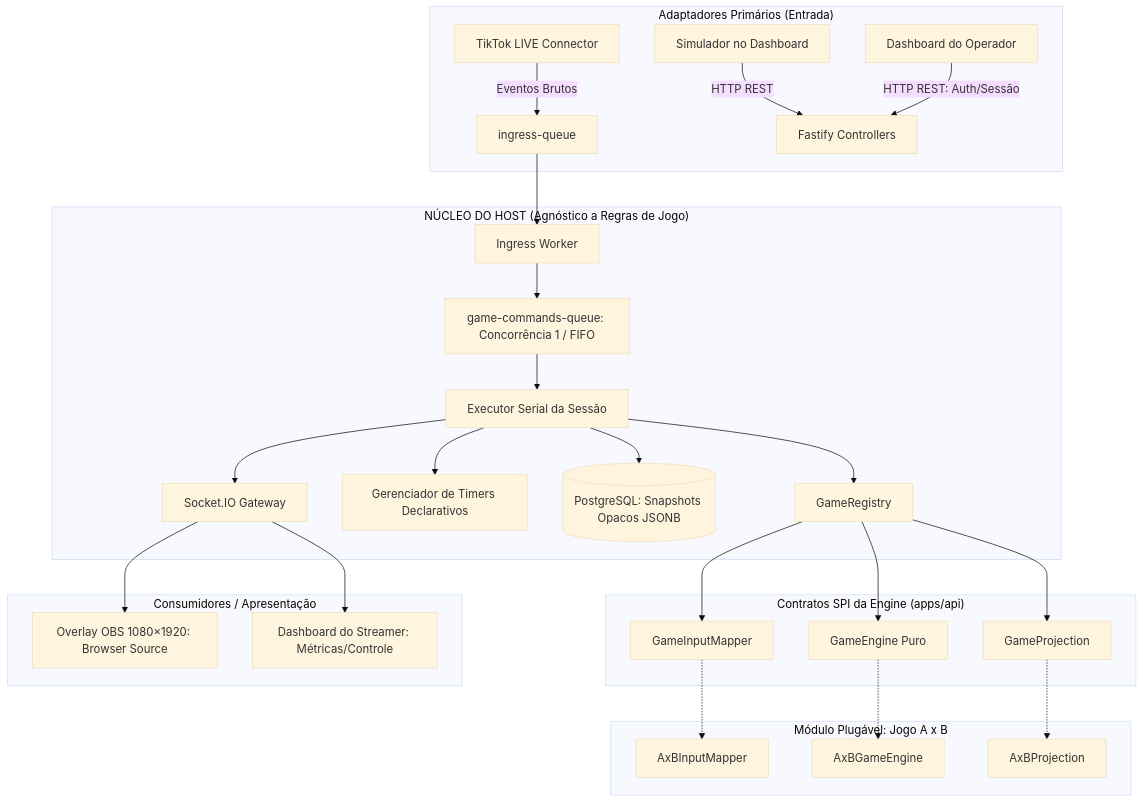
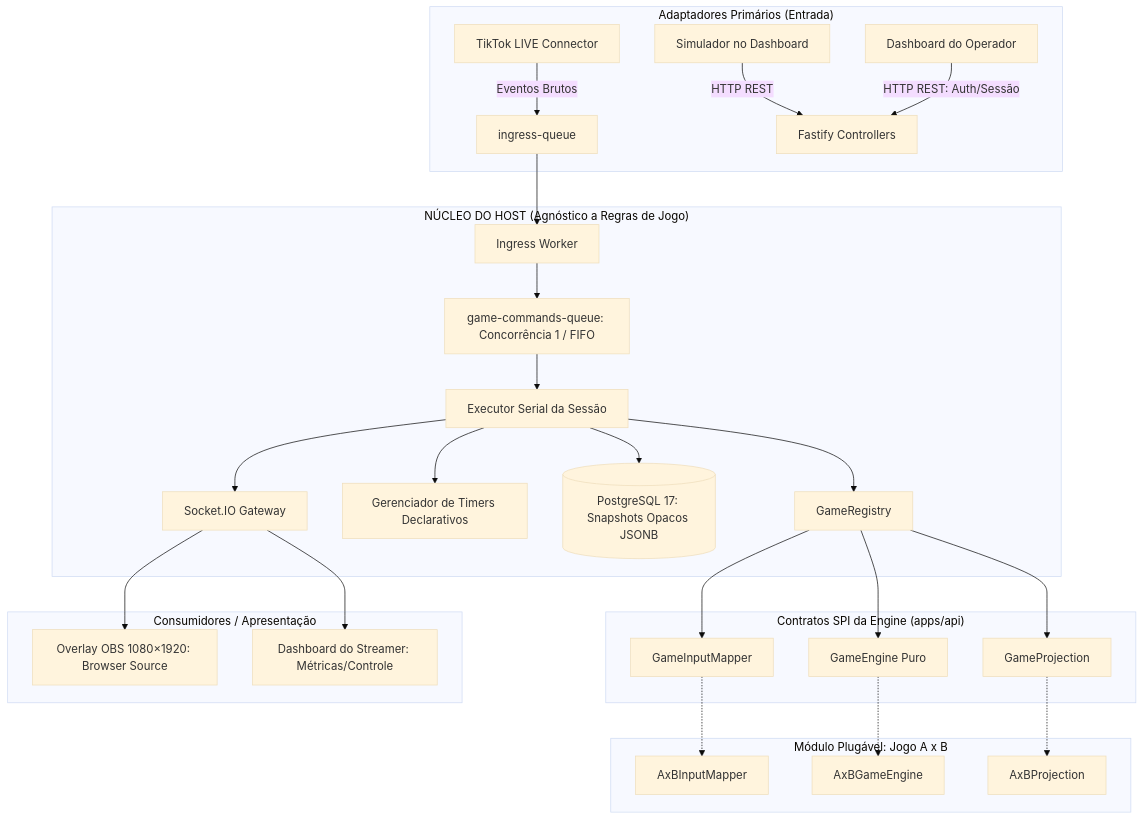
The first of 5 diagrams in docs/spec/architecture.md (luis-henrique-carvalho/tiktok-gamer-lives), drawn with Mermaid (base theme) before and after one commit. The commit also changed other lines of this file and 2 other files, not shown here.

Commit message:
docs: consolidate single authoritative architecture spec and decouple GEMINI.md

````diff
--- a/docs/spec/architecture.md
+++ b/docs/spec/architecture.md
@@ -12,55 +12,55 @@
 ```mermaid
 flowchart TD
     subgraph Driving_Adapters["Adaptadores Primários (Entrada)"]
         TTC[TikTok LIVE Connector] -->|Eventos Brutos| IQ[ingress-queue]
         SIM[Simulador no Dashboard] -->|HTTP REST| API_CTRL[Fastify Controllers]
         DASH[Dashboard do Operador] -->|HTTP REST: Auth/Sessão| API_CTRL
     end
 
     subgraph Core_Host["NÚCLEO DO HOST (Agnóstico a Regras de Jogo)"]
         INGRESS_W[Ingress Worker]
         CMD_Q[game-commands-queue: Concorrência 1 / FIFO]
         SESSION_EXEC[Executor Serial da Sessão]
         REGISTRY[GameRegistry]
         TIMERS[Gerenciador de Timers Declarativos]
-        DB[(PostgreSQL: Snapshots Opacos JSONB)]
+        DB[(PostgreSQL 17: Snapshots Opacos JSONB)]
         SOCKET_PUB[Socket.IO Gateway]
     end
 
     subgraph Game_SPI["Contratos SPI da Engine (apps/api)"]
         INPUT_MAPPER[GameInputMapper]
         GAME_ENGINE[GameEngine Puro]
         PROJECTION[GameProjection]
     end
 
     subgraph Module_AxB["Módulo Plugável: Jogo A x B"]
         AXB_M[AxBInputMapper]
         AXB_E[AxBGameEngine]
         AXB_P[AxBProjection]
     end
 
     subgraph Driven_Consumers["Consumidores / Apresentação"]
         OVERLAY[Overlay OBS 1080×1920: Browser Source]
         DASH_VIEW[Dashboard do Streamer: Métricas/Controle]
     end
 
     IQ --> INGRESS_W
     INGRESS_W --> CMD_Q
     CMD_Q --> SESSION_EXEC
 
     SESSION_EXEC --> REGISTRY
     REGISTRY --> INPUT_MAPPER
     REGISTRY --> GAME_ENGINE
     REGISTRY --> PROJECTION
 
     INPUT_MAPPER -.-> AXB_M
     GAME_ENGINE -.-> AXB_E
     PROJECTION -.-> AXB_P
 
     SESSION_EXEC --> DB
     SESSION_EXEC --> TIMERS
     SESSION_EXEC --> SOCKET_PUB
 
     SOCKET_PUB --> OVERLAY
     SOCKET_PUB --> DASH_VIEW
 ```
````
